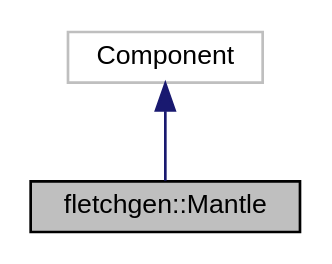
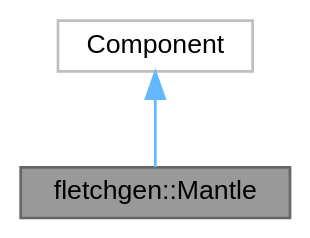
Before and after one commit to abs-tudelft/fletcher: the diagram in api/fletchgen/classfletchgen_1_1_mantle__inherit__graph.dot, drawn with Graphviz. The commit also changed 621 other files, not shown here.

```diff
--- a/api/fletchgen/classfletchgen_1_1_mantle__inherit__graph.dot
+++ b/api/fletchgen/classfletchgen_1_1_mantle__inherit__graph.dot
@@ -1,9 +1,10 @@
 digraph "fletchgen::Mantle"
 {
  // LATEX_PDF_SIZE
-  edge [fontname="Helvetica",fontsize="10",labelfontname="Helvetica",labelfontsize="10"];
-  node [fontname="Helvetica",fontsize="10",shape=record];
-  Node1 [label="fletchgen::Mantle",height=0.2,width=0.4,color="black", fillcolor="grey75", style="filled", fontcolor="black",tooltip="A component that wraps a Kernel and all ArrayReaders/Writers resulting from a Schema set."];
-  Node2 -> Node1 [dir="back",color="midnightblue",fontsize="10",style="solid",fontname="Helvetica"];
-  Node2 [label="Component",height=0.2,width=0.4,color="grey75", fillcolor="white", style="filled",tooltip=" "];
+  bgcolor="transparent";
+  edge [fontname=Helvetica,fontsize=10,labelfontname=Helvetica,labelfontsize=10];
+  node [fontname=Helvetica,fontsize=10,shape=box,height=0.2,width=0.4];
+  Node1 [id="Node000001",label="fletchgen::Mantle",height=0.2,width=0.4,color="gray40", fillcolor="grey60", style="filled", fontcolor="black",tooltip="A component that wraps a Kernel and all ArrayReaders/Writers resulting from a Schema set."];
+  Node2 -> Node1 [id="edge1_Node000001_Node000002",dir="back",color="steelblue1",style="solid",tooltip=" "];
+  Node2 [id="Node000002",label="Component",height=0.2,width=0.4,color="grey75", fillcolor="white", style="filled",tooltip=" "];
 }
```
